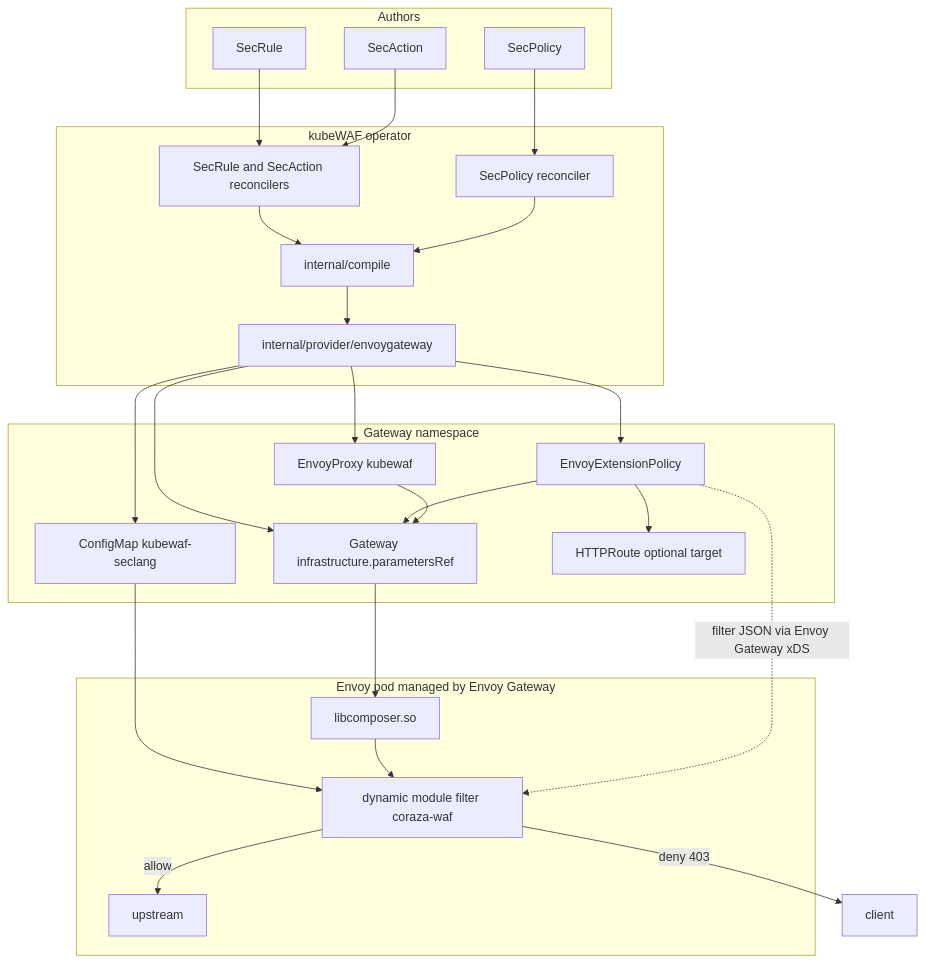
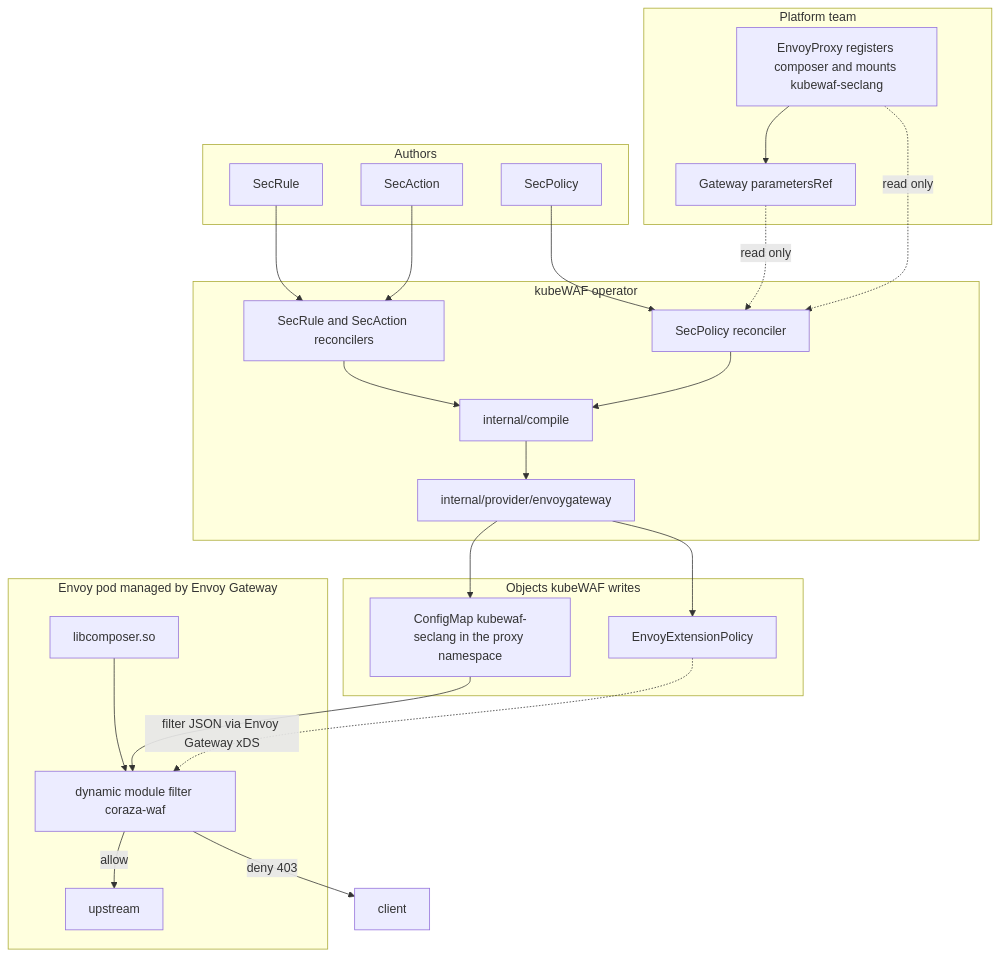
One commit to kubewaf-io/kubewaf changed the diagram in docs/rewrite-plan.md. Above: the diagram before and after it, drawn with Mermaid. The commit also changed other lines of this file, not shown here.

First line of the commit message:
docs: keep EnvoyProxy with the platform team

````diff
--- a/docs/rewrite-plan.md
+++ b/docs/rewrite-plan.md
@@ -140,49 +142,48 @@
 ```mermaid
 flowchart TD
+  subgraph platform [Platform team]
+    PROXY[EnvoyProxy registers composer and mounts kubewaf-seclang]
+    GW[Gateway parametersRef]
+  end
+
   subgraph authors [Authors]
     SR[SecRule]
     SA[SecAction]
     SP[SecPolicy]
   end
 
   subgraph operator [kubeWAF operator]
     REC[SecRule and SecAction reconcilers]
     POL[SecPolicy reconciler]
     COMP[internal/compile]
     EG[internal/provider/envoygateway]
   end
 
-  subgraph ns [Gateway namespace]
-    CM[ConfigMap kubewaf-seclang]
-    PROXY[EnvoyProxy kubewaf]
+  subgraph written [Objects kubeWAF writes]
+    CM[ConfigMap kubewaf-seclang in the proxy namespace]
     EXT[EnvoyExtensionPolicy]
-    GW[Gateway infrastructure.parametersRef]
-    RT[HTTPRoute optional target]
   end
 
   subgraph envoy [Envoy pod managed by Envoy Gateway]
     SO[libcomposer.so]
     FILT[dynamic module filter coraza-waf]
     UP[upstream]
   end
 
+  PROXY --> GW
   SR --> REC
   SA --> REC
   REC --> COMP
   SP --> POL
   POL --> COMP
   COMP --> EG
   EG --> CM
-  EG --> PROXY
   EG --> EXT
-  EG --> GW
-  EXT --> RT
-  EXT --> GW
-  PROXY --> GW
-  GW --> SO
+  GW -. read only .-> POL
+  PROXY -. read only .-> POL
   CM --> FILT
   SO --> FILT
   EXT -. filter JSON via Envoy Gateway xDS .-> FILT
   FILT -->|allow| UP
   FILT -->|deny 403| CLIENT[client]
 ```
````
